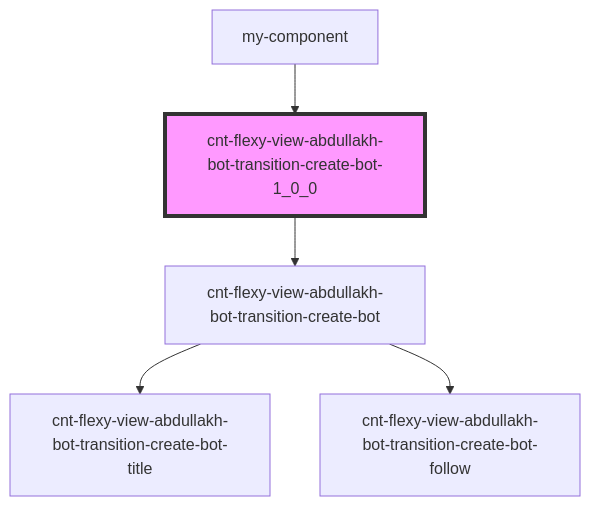
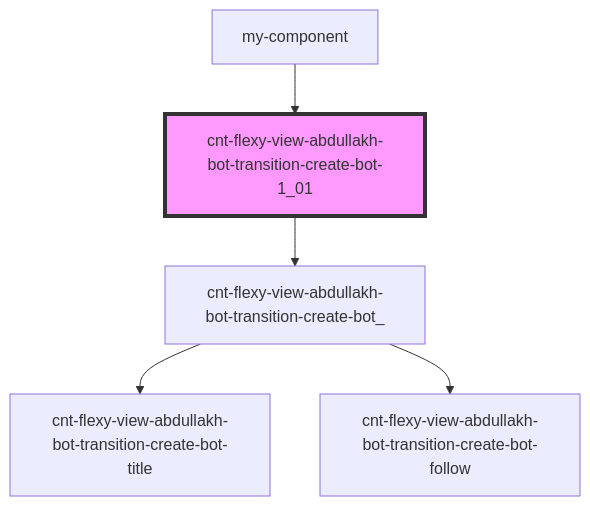
Before and after one commit to Wokh-Dada/botdevelopmentapp: the diagram in src/components/cnt-flexy-view-abdullakh-bot-transition-create-bot/readme.md, drawn with Mermaid. The commit also changed other lines of this file and 34 other files, not shown here.

````diff
--- a/src/components/cnt-flexy-view-abdullakh-bot-transition-create-bot/readme.md
+++ b/src/components/cnt-flexy-view-abdullakh-bot-transition-create-bot/readme.md
@@ -34,8 +34,8 @@
 ```mermaid
 graph TD;
-  cnt-flexy-view-abdullakh-bot-transition-create-bot-1_0_0 --> cnt-flexy-view-abdullakh-bot-transition-create-bot
-  cnt-flexy-view-abdullakh-bot-transition-create-bot --> cnt-flexy-view-abdullakh-bot-transition-create-bot-title
-  cnt-flexy-view-abdullakh-bot-transition-create-bot --> cnt-flexy-view-abdullakh-bot-transition-create-bot-follow
-  my-component --> cnt-flexy-view-abdullakh-bot-transition-create-bot-1_0_0
-  style cnt-flexy-view-abdullakh-bot-transition-create-bot-1_0_0 fill:#f9f,stroke:#333,stroke-width:4px
+  cnt-flexy-view-abdullakh-bot-transition-create-bot-1_01 --> cnt-flexy-view-abdullakh-bot-transition-create-bot_
+  cnt-flexy-view-abdullakh-bot-transition-create-bot_ --> cnt-flexy-view-abdullakh-bot-transition-create-bot-title
+  cnt-flexy-view-abdullakh-bot-transition-create-bot_ --> cnt-flexy-view-abdullakh-bot-transition-create-bot-follow
+  my-component --> cnt-flexy-view-abdullakh-bot-transition-create-bot-1_01
+  style cnt-flexy-view-abdullakh-bot-transition-create-bot-1_01 fill:#f9f,stroke:#333,stroke-width:4px
 ```
````
